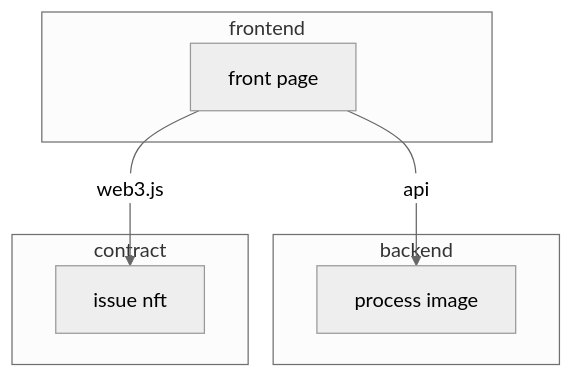
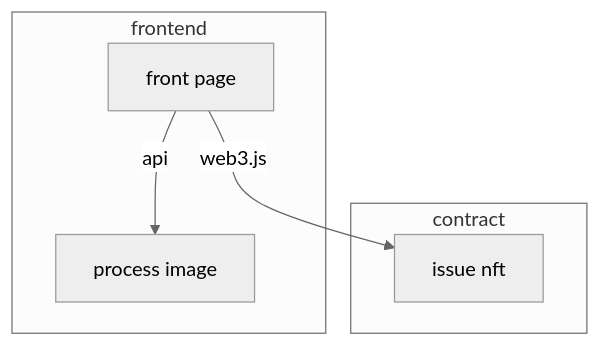
Before and after one commit to sakuyacatcat/nft-image-processor: the diagram in README.md, drawn with Mermaid (neutral theme).

Commit message:
update: readme architecture

````diff
--- a/README.md
+++ b/README.md
@@ -7,18 +7,15 @@
 ```mermaid
 graph TD
 
   subgraph frontend
     A[front page]
-  end
-
-  subgraph backend
     B[process image]
+    A -->|"api"| B
   end
 
   subgraph contract
     C[issue nft]
   end
 
-  A -->|"api"| B
   A -->|"web3.js"| C
 ```
````
